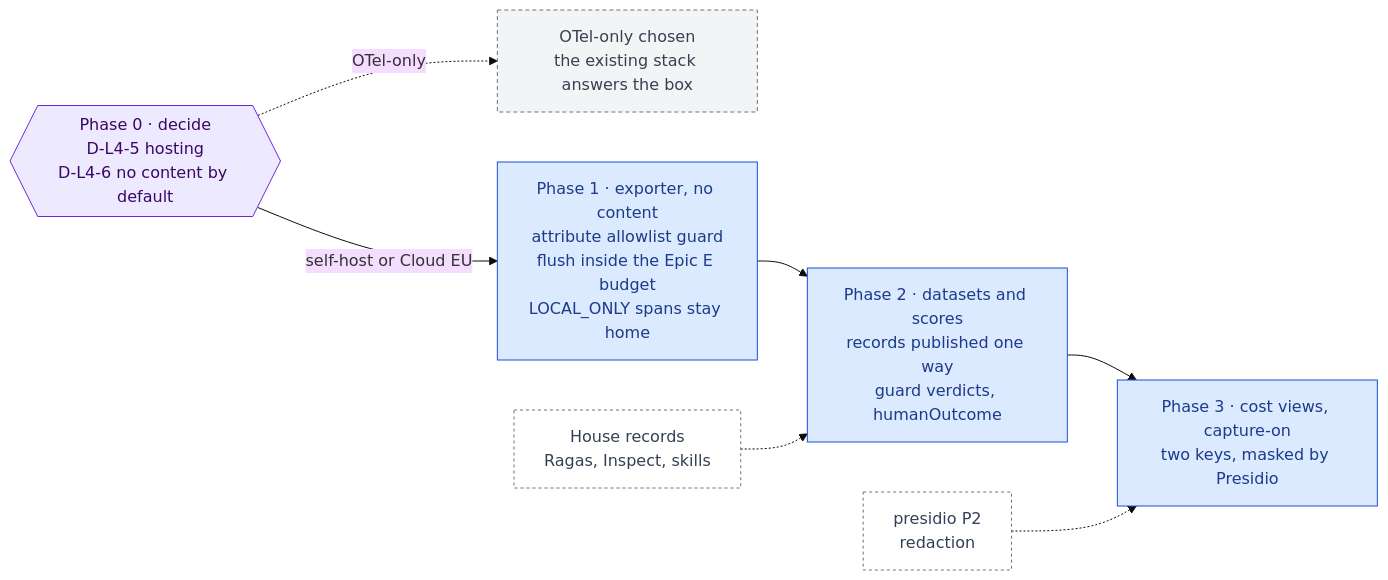
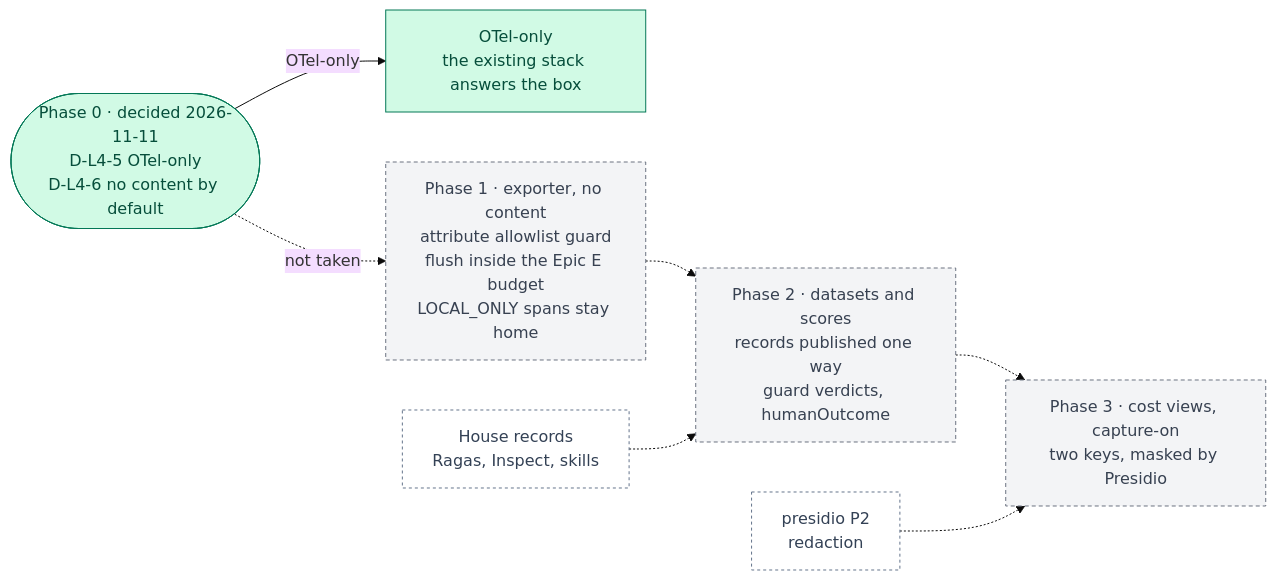
The diagram in docs/ai-architecture/langfuse.md (RodnaPamet/inflect-compliance), drawn with Mermaid (base theme) before and after one commit. The commit also changed other lines of this file and 287 other files, not shown here.

First line of the commit message:
AI roadmap waves 0–1: owner decisions, 22 phases built across 15 roadmaps (#5323)

````diff
--- a/docs/ai-architecture/langfuse.md
+++ b/docs/ai-architecture/langfuse.md
@@ -30,21 +36,21 @@
 ```mermaid
 flowchart LR
-  P0{{"Phase 0 · decide<br/>D-L4-5 hosting<br/>D-L4-6 no content by default"}}:::gate
-  DEC["OTel-only chosen<br/>the existing stack answers the box"]:::declined
-  P1["Phase 1 · exporter, no content<br/>attribute allowlist guard<br/>flush inside the Epic E budget<br/>LOCAL_ONLY spans stay home"]:::todo
-  P2["Phase 2 · datasets and scores<br/>records published one way<br/>guard verdicts, humanOutcome"]:::todo
-  P3["Phase 3 · cost views, capture-on<br/>two keys, masked by Presidio"]:::todo
+  P0(["Phase 0 · decided 2026-11-11<br/>D-L4-5 OTel-only<br/>D-L4-6 no content by default"]):::done
+  DEC["OTel-only<br/>the existing stack answers the box"]:::done
+  P1["Phase 1 · exporter, no content<br/>attribute allowlist guard<br/>flush inside the Epic E budget<br/>LOCAL_ONLY spans stay home"]:::declined
+  P2["Phase 2 · datasets and scores<br/>records published one way<br/>guard verdicts, humanOutcome"]:::declined
+  P3["Phase 3 · cost views, capture-on<br/>two keys, masked by Presidio"]:::declined
   RECS["House records<br/>Ragas, Inspect, skills"]:::ext
   PR["presidio P2<br/>redaction"]:::ext
-  P0 -->|self-host or Cloud EU| P1 --> P2 --> P3
-  P0 -.->|OTel-only| DEC
+  P0 -.->|not taken| P1 -.-> P2 -.-> P3
+  P0 -->|OTel-only| DEC
   RECS -.-> P2
   PR -.-> P3
 
   classDef done fill:#d1fae5,stroke:#047857,color:#064e3b
   classDef todo fill:#dbeafe,stroke:#1d4ed8,color:#1e3a8a
   classDef gate fill:#ede9fe,stroke:#6d28d9,color:#3b0764
   classDef ext fill:#ffffff,stroke:#64748b,color:#334155,stroke-dasharray:3 3
   classDef eval fill:#fce7f3,stroke:#be185d,color:#831843
   classDef declined fill:#f3f4f6,stroke:#6b7280,color:#374151,stroke-dasharray:4 3
 ```
````
